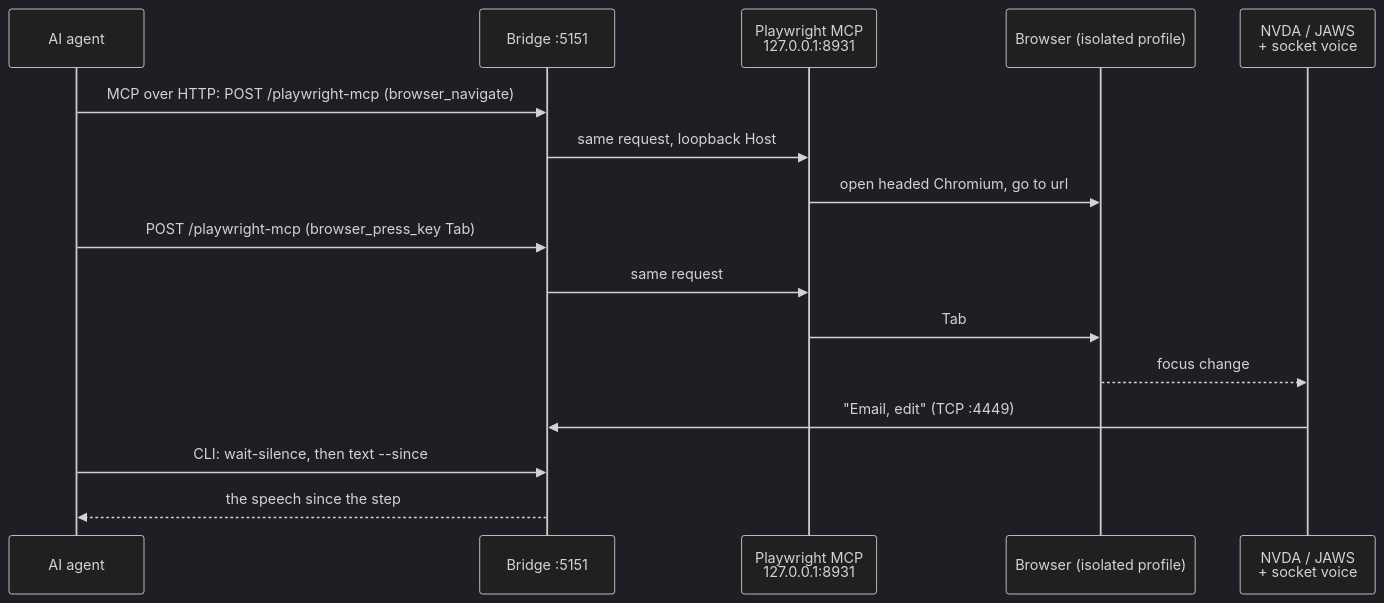
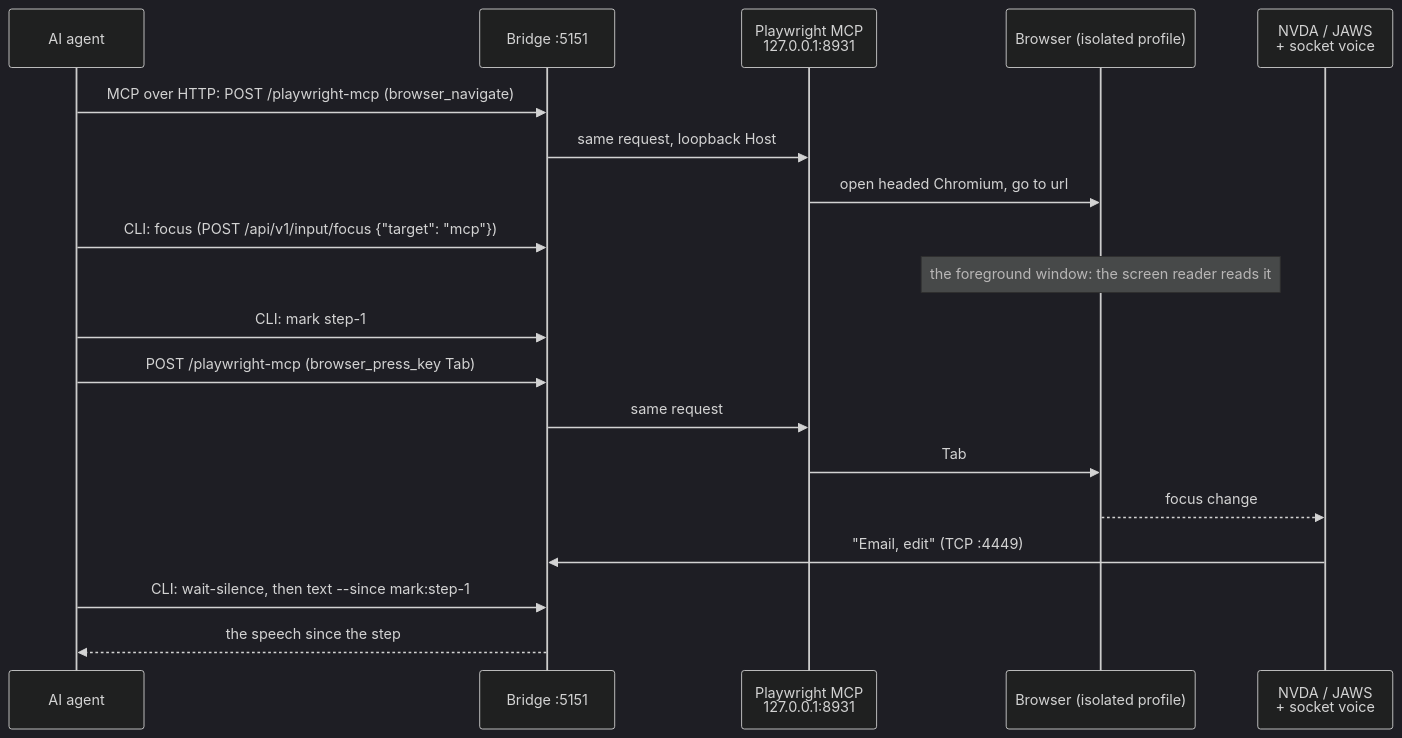
One commit to TimoSto/screenreader-speech-capture changed the third of 5 diagrams in docs/usage/flows/playwright-mcp.md. Above: the diagram before and after it, drawn with Mermaid (dark theme). The commit also changed other lines of this file and 10 other files, not shown here.

First line of the commit message:
docs: bring the usage flows up to date and add the agent preflight and recovery (#228)

````diff
--- a/docs/usage/flows/playwright-mcp.md
+++ b/docs/usage/flows/playwright-mcp.md
@@ -72,19 +83,22 @@
 ```mermaid
 sequenceDiagram
     participant A as AI agent
     participant B as Bridge :5151
     participant MCP as Playwright MCP<br/>127.0.0.1:8931
     participant Br as Browser (isolated profile)
     participant SR as NVDA / JAWS<br/>+ socket voice
 
     A->>B: MCP over HTTP: POST /playwright-mcp (browser_navigate)
     B->>MCP: same request, loopback Host
     MCP->>Br: open headed Chromium, go to url
+    A->>B: CLI: focus (POST /api/v1/input/focus {"target": "mcp"})
+    Note over Br: the foreground window: the screen reader reads it
+    A->>B: CLI: mark step-1
     A->>B: POST /playwright-mcp (browser_press_key Tab)
     B->>MCP: same request
     MCP->>Br: Tab
     Br-->>SR: focus change
     SR->>B: "Email, edit" (TCP :4449)
-    A->>B: CLI: wait-silence, then text --since
+    A->>B: CLI: wait-silence, then text --since mark:step-1
     B-->>A: the speech since the step
 ```
````
